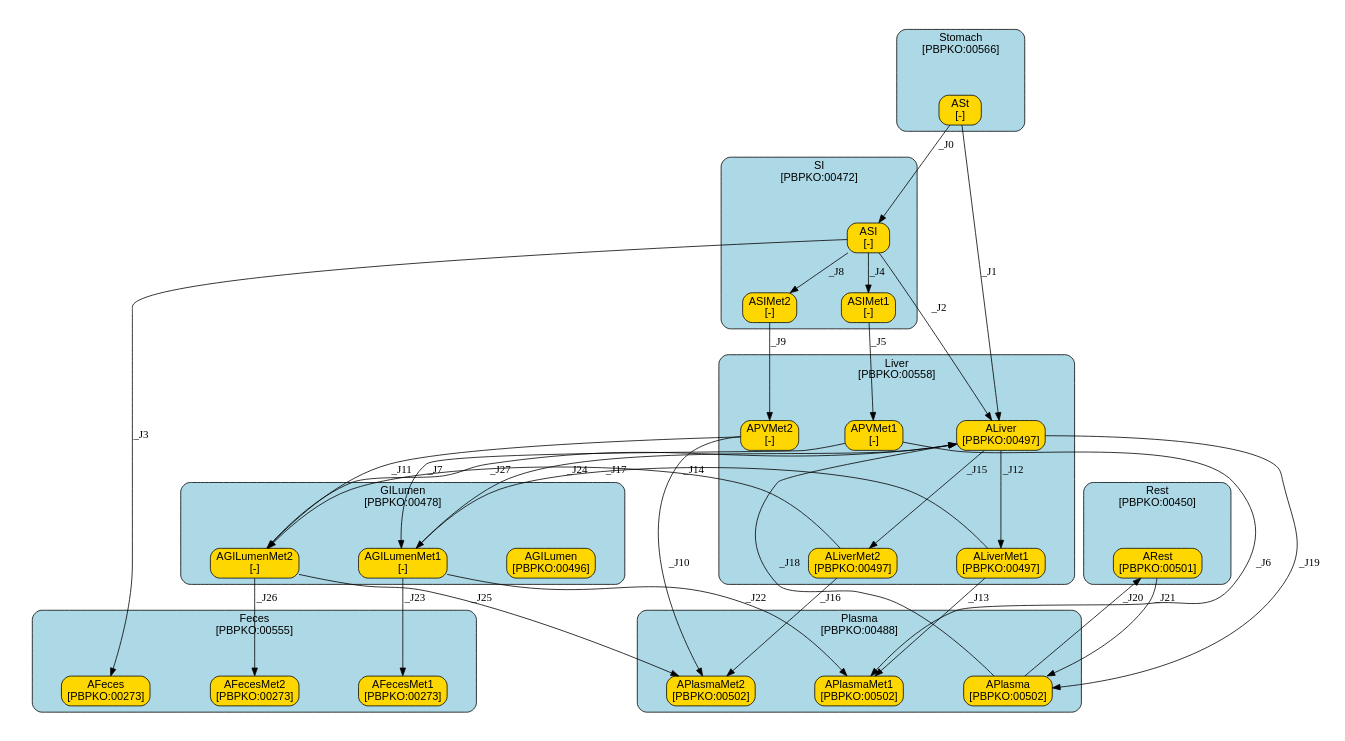
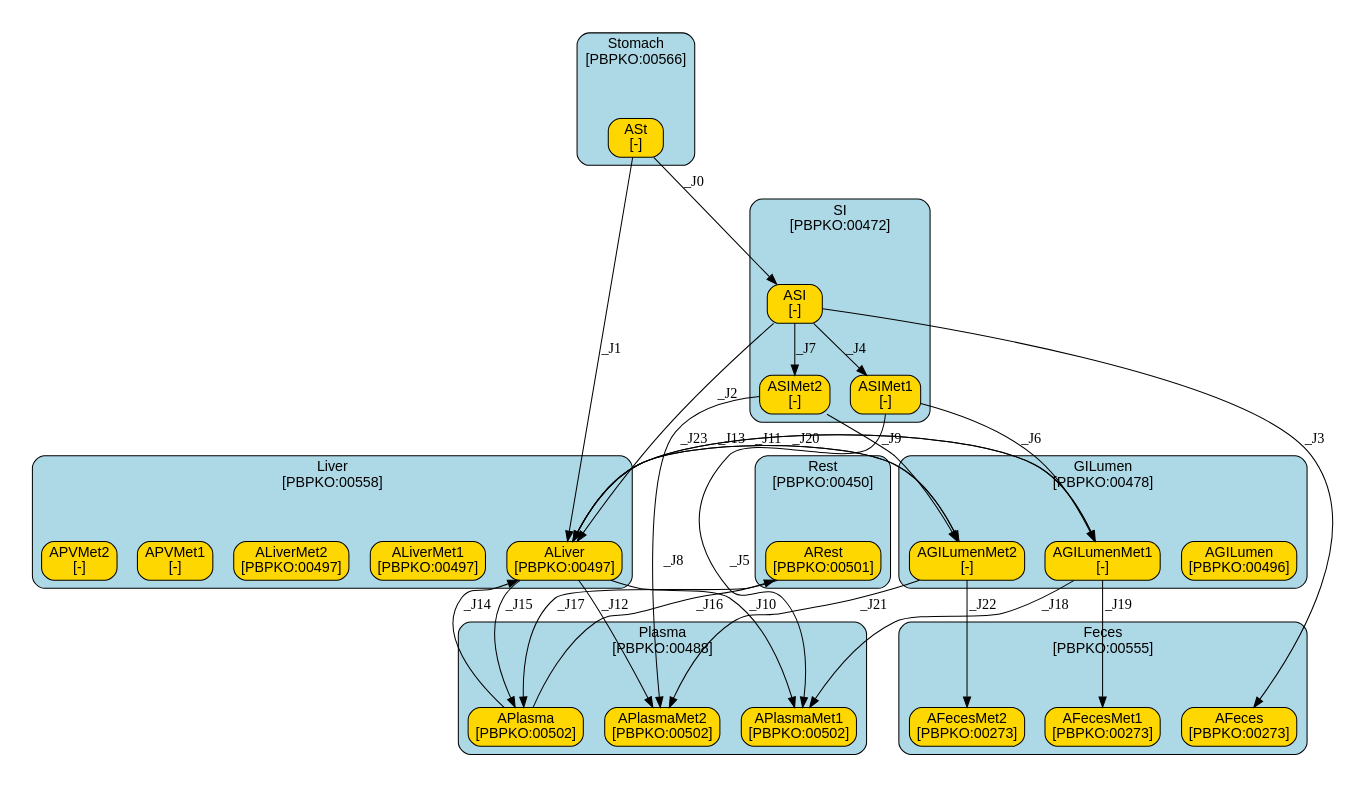
Before and after one commit to fair-pbk/exposure-route-pbk-models: the diagram in models/oral/Bisphenols/Yang/summary.dot, drawn with Graphviz. The commit also changed 134 other files, not shown here.

```diff
--- a/models/oral/Bisphenols/Yang/summary.dot
+++ b/models/oral/Bisphenols/Yang/summary.dot
@@ -216,32 +216,28 @@
 	ASt -> ASI	[label=_J0];
 	ASt -> ALiver	[label=_J1];
 	ASI -> ASIMet1	[label=_J4];
-	ASI -> ASIMet2	[label=_J8];
+	ASI -> ASIMet2	[label=_J7];
 	ASI -> ALiver	[label=_J2];
 	ASI -> AFeces	[label=_J3,
 		minlen=1];
-	ASIMet1 -> APVMet1	[label=_J5];
-	ASIMet2 -> APVMet2	[label=_J9];
-	ALiver -> ALiverMet1	[label=_J12];
-	ALiver -> ALiverMet2	[label=_J15];
-	ALiver -> APlasma	[label=_J19];
-	ALiverMet1 -> APlasmaMet1	[label=_J13];
-	ALiverMet1 -> AGILumenMet1	[label=_J14];
-	ALiverMet2 -> APlasmaMet2	[label=_J16];
-	ALiverMet2 -> AGILumenMet2	[label=_J17];
-	APVMet1 -> APlasmaMet1	[label=_J6];
-	APVMet1 -> AGILumenMet1	[label=_J7];
-	APVMet2 -> APlasmaMet2	[label=_J10];
-	APVMet2 -> AGILumenMet2	[label=_J11];
-	APlasma -> ALiver	[label=_J18];
-	APlasma -> ARest	[label=_J20];
-	ARest -> APlasma	[label=_J21];
-	AGILumenMet1 -> ALiver	[label=_J24];
-	AGILumenMet1 -> APlasmaMet1	[label=_J22];
-	AGILumenMet1 -> AFecesMet1	[label=_J23,
+	ASIMet1 -> APlasmaMet1	[label=_J5];
+	ASIMet1 -> AGILumenMet1	[label=_J6];
+	ASIMet2 -> APlasmaMet2	[label=_J8];
+	ASIMet2 -> AGILumenMet2	[label=_J9];
+	ALiver -> APlasma	[label=_J15];
+	ALiver -> APlasmaMet1	[label=_J10];
+	ALiver -> APlasmaMet2	[label=_J12];
+	ALiver -> AGILumenMet1	[label=_J11];
+	ALiver -> AGILumenMet2	[label=_J13];
+	APlasma -> ALiver	[label=_J14];
+	APlasma -> ARest	[label=_J16];
+	ARest -> APlasma	[label=_J17];
+	AGILumenMet1 -> ALiver	[label=_J20];
+	AGILumenMet1 -> APlasmaMet1	[label=_J18];
+	AGILumenMet1 -> AFecesMet1	[label=_J19,
 		minlen=1];
-	AGILumenMet2 -> ALiver	[label=_J27];
-	AGILumenMet2 -> APlasmaMet2	[label=_J25];
-	AGILumenMet2 -> AFecesMet2	[label=_J26,
+	AGILumenMet2 -> ALiver	[label=_J23];
+	AGILumenMet2 -> APlasmaMet2	[label=_J21];
+	AGILumenMet2 -> AFecesMet2	[label=_J22,
 		minlen=1];
 }
```
